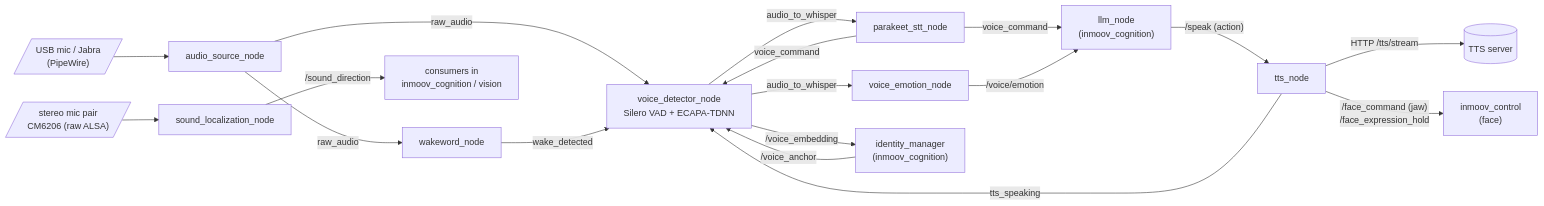
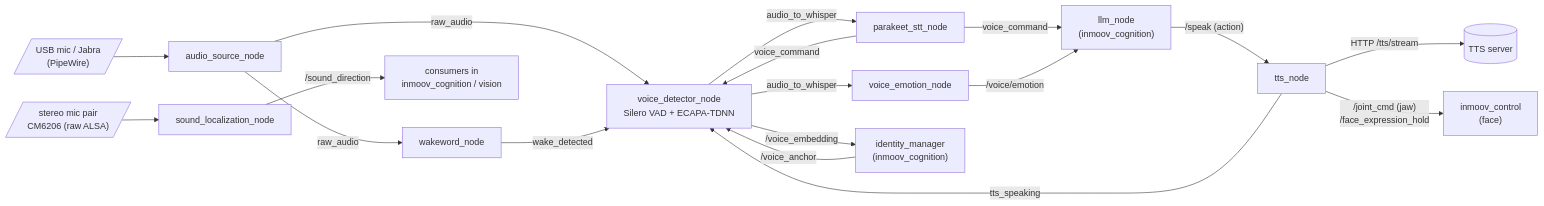
The diagram in src/inmoov_voice/README.md (Artur-Fedjukevits/inmoov_ros2), drawn with Mermaid before and after one commit. The commit also changed other lines of this file and 21 other files, not shown here.

````diff
--- a/src/inmoov_voice/README.md
+++ b/src/inmoov_voice/README.md
@@ -24,20 +24,20 @@
 ```mermaid
 flowchart LR
     MIC[/"USB mic / Jabra<br/>(PipeWire)"/] --> AS[audio_source_node]
     AS -- raw_audio --> WW[wakeword_node]
     AS -- raw_audio --> VD[voice_detector_node<br/>Silero VAD + ECAPA-TDNN]
     WW -- wake_detected --> VD
     VD -- audio_to_whisper --> STT[parakeet_stt_node]
     VD -- audio_to_whisper --> VE[voice_emotion_node]
     STT -- voice_command --> LLM["llm_node<br/>(inmoov_cognition)"]
     STT -- voice_command --> VD
     VE -- /voice/emotion --> LLM
     LLM -- "/speak (action)" --> TTS[tts_node]
     TTS -- "HTTP /tts/stream" --> SRV[("TTS server")]
     TTS -- tts_speaking --> VD
-    TTS -- "/face_command (jaw)<br/>/face_expression_hold" --> FACE["inmoov_control<br/>(face)"]
+    TTS -- "/joint_cmd (jaw)<br/>/face_expression_hold" --> FACE["inmoov_control<br/>(face)"]
     VD -- "/voice_embedding" --> ID["identity_manager<br/>(inmoov_cognition)"]
     ID -- /voice_anchor --> VD
     STEREO[/"stereo mic pair<br/>CM6206 (raw ALSA)"/] --> SL[sound_localization_node]
     SL -- /sound_direction --> CONS["consumers in<br/>inmoov_cognition / vision"]
 ```
````
